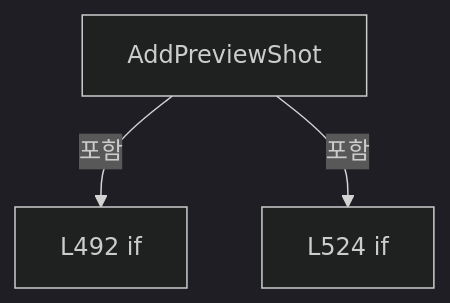
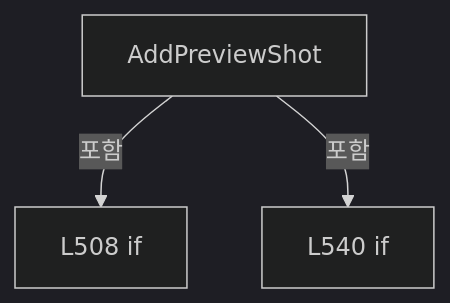
Before and after one commit to kjuws10-rgb/Shared: the second of 22 diagrams in A3 LD Code Ref/files/Drilling.UI/Menu/Menus/CReviewGlassPreviewBuilder.cs.md, drawn with Mermaid (dark theme). The commit also changed other lines of this file and 2071 other files, not shown here.

Commit message:
docs(a3): update 11.19.0 architecture and code reference

````diff
--- a/A3 LD Code Ref/files/Drilling.UI/Menu/Menus/CReviewGlassPreviewBuilder.cs.md
+++ b/A3 LD Code Ref/files/Drilling.UI/Menu/Menus/CReviewGlassPreviewBuilder.cs.md
@@ -1307,8 +1322,8 @@
 ```mermaid
 flowchart TD
  M["AddPreviewShot"]
- N0["L492 if"]
+ N0["L508 if"]
  M -->|포함| N0
- N1["L524 if"]
+ N1["L540 if"]
  M -->|포함| N1
 ```
````
